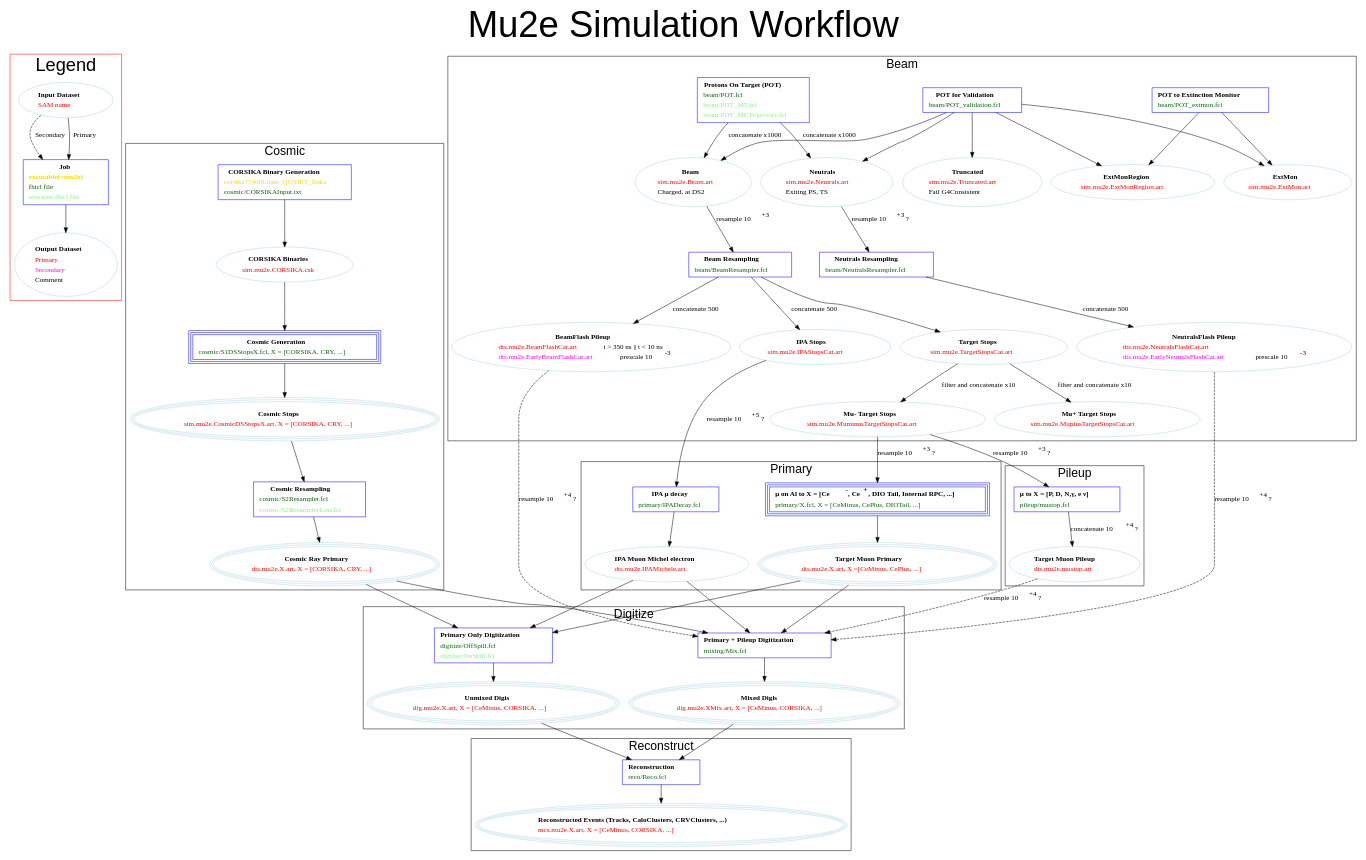
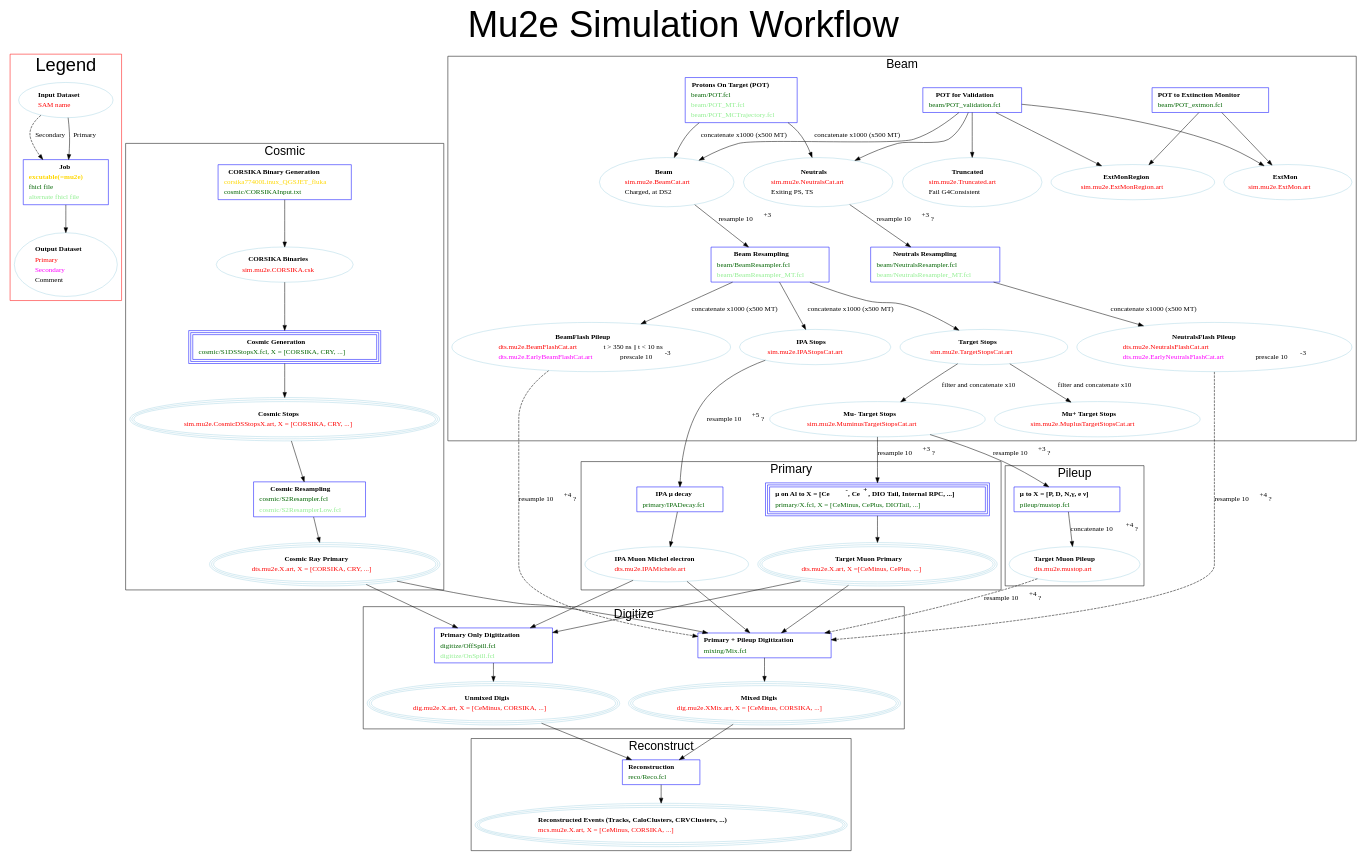
The diagram in JobConfig/doc/SimulationWorkflow.dot (sridhar130/Production), drawn with Graphviz before and after one commit. The commit also changed 2 other files, not shown here.

Commit message:
Updated schematics with concatenation names

```diff
--- a/JobConfig/doc/SimulationWorkflow.dot
+++ b/JobConfig/doc/SimulationWorkflow.dot
@@ -127,13 +127,13 @@
     Beam [shape=oval,color=lightblue,
 	 label=<<table border="0" cellborder="0" cellspacing="1">
 	   <tr><td align="center"><b>Beam</b></td></tr>
-	   <tr><td align="left"><font color="red">sim.mu2e.Beam.art</font></td></tr>
+	   <tr><td align="left"><font color="red">sim.mu2e.BeamCat.art</font></td></tr>
 	   <tr><td align="left"><font color="black">Charged, at DS2</font></td></tr>
 	   </table>>];
     Neutrals [shape=oval, color=lightblue,
 	     label=<<table border="0" cellborder="0" cellspacing="1">
 	       <tr><td align="center"><b>Neutrals</b></td></tr>
-	       <tr><td align="left"><font color="red">sim.mu2e.Neutrals.art</font></td></tr>
+	       <tr><td align="left"><font color="red">sim.mu2e.NeutralsCat.art</font></td></tr>
 	       <tr><td align="left"><font color="black">Exiting PS, TS</font></td></tr>
 	       </table>>];
     ExtMon [shape=oval,color=lightblue,
@@ -153,8 +153,8 @@
 	       <tr><td align="left"><font color="black">Fail G4Consistent</font></td></tr>
 	       </table>>];
 
-    POT -> Neutrals [ label="concatenate x1000"];
-    POT ->  Beam [ label="concatenate x1000"];
+    POT -> Neutrals [ label="concatenate x1000 (x500 MT)"];
+    POT ->  Beam [ label="concatenate x1000 (x500 MT)"];
 
     POT_ExtMon ->  ExtMon
     POT_ExtMon ->  ExtMonRegion
@@ -170,12 +170,14 @@
 		       label=<<table border="0" cellborder="0" cellspacing="1">
 			 <tr><td align="center"><b>Neutrals Resampling</b></td></tr>
 			 <tr><td align="left"><font color="darkgreen">beam/NeutralsResampler.fcl</font></td></tr>
+			 <tr><td align="left"><font color="lightgreen">beam/NeutralsResampler_MT.fcl</font></td></tr>
 			 </table>>];
 
     BeamResampling [shape=box,color=blue,
 		   label=<<table border="0" cellborder="0" cellspacing="1">
 		     <tr><td align="center"><b>Beam Resampling</b></td></tr>
 		     <tr><td align="left"><font color="darkgreen">beam/BeamResampler.fcl</font></td></tr>
+			 <tr><td align="left"><font color="lightgreen">beam/BeamResampler_MT.fcl</font></td></tr>
 		     </table>>];
 
     Beam -> BeamResampling [ label=<resample 10<sup>+3</sup>> ];
@@ -195,7 +197,7 @@
 	       </table>>];
 
     BeamResampling -> TargetStops;
-    BeamResampling -> IPAStops [ label="concatenate 500" ];
+    BeamResampling -> IPAStops [ label="concatenate x1000 (x500 MT)" ];
 
     MuminusTargetStops [shape=oval, color=lightblue,
 		label=<<table border="0" cellborder="0" cellspacing="1">
@@ -225,8 +227,8 @@
 			  <tr><td align="left"><font color="red">dts.mu2e.NeutralsFlashCat.art</font> </td></tr>
 		      <tr><td align="left"><font color="fuchsia">dts.mu2e.EarlyNeutralsFlashCat.art</font><font color="black"> prescale 10<sup>-3</sup></font></td></tr>
 			  </table>>];
-    NeutralsResampling -> NeutralsFlashPileup [ label="concatenate 500" ];
-    BeamResampling -> BeamFlashPileup [ label="concatenate 500" ];
+    NeutralsResampling -> NeutralsFlashPileup [ label="concatenate x1000 (x500 MT)" ];
+    BeamResampling -> BeamFlashPileup [ label="concatenate x1000 (x500 MT)" ];
 
   }
 
```
